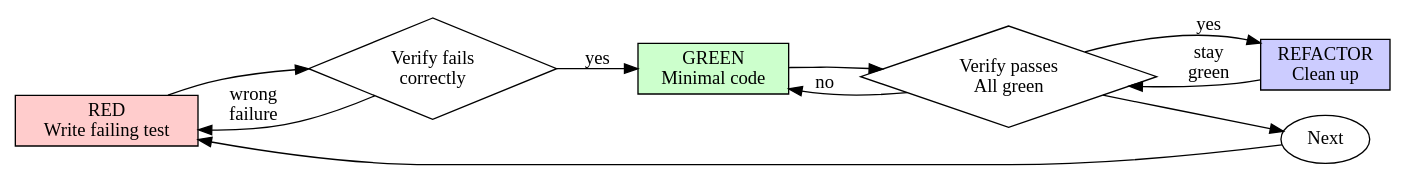
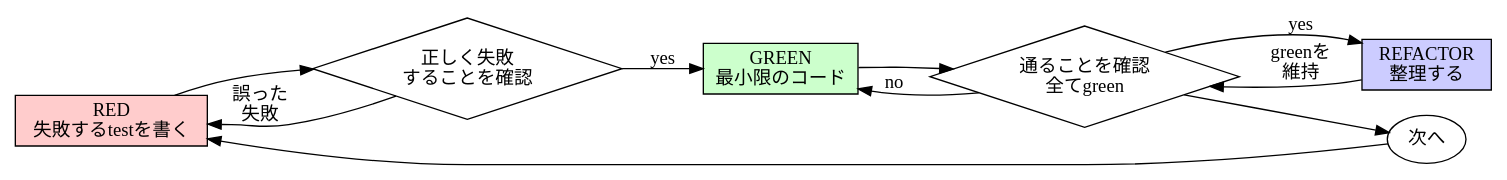
Before and after one commit to mjun0812/skills: the diagram in skills/agent-skill/writing-skills/references/test-driven-development.md, drawn with Graphviz. The commit also changed other lines of this file and 6 other files, not shown here.

````diff
--- a/skills/agent-skill/writing-skills/references/test-driven-development.md
+++ b/skills/agent-skill/writing-skills/references/test-driven-development.md
@@ -47,21 +47,21 @@
 ```dot
 digraph tdd_cycle {
     rankdir=LR;
-    red [label="RED\nWrite failing test", shape=box, style=filled, fillcolor="#ffcccc"];
-    verify_red [label="Verify fails\ncorrectly", shape=diamond];
-    green [label="GREEN\nMinimal code", shape=box, style=filled, fillcolor="#ccffcc"];
-    verify_green [label="Verify passes\nAll green", shape=diamond];
-    refactor [label="REFACTOR\nClean up", shape=box, style=filled, fillcolor="#ccccff"];
-    next [label="Next", shape=ellipse];
+    red [label="RED\n失敗するtestを書く", shape=box, style=filled, fillcolor="#ffcccc"];
+    verify_red [label="正しく失敗\nすることを確認", shape=diamond];
+    green [label="GREEN\n最小限のコード", shape=box, style=filled, fillcolor="#ccffcc"];
+    verify_green [label="通ることを確認\n全てgreen", shape=diamond];
+    refactor [label="REFACTOR\n整理する", shape=box, style=filled, fillcolor="#ccccff"];
+    next [label="次へ", shape=ellipse];
 
     red -> verify_red;
     verify_red -> green [label="yes"];
-    verify_red -> red [label="wrong\nfailure"];
+    verify_red -> red [label="誤った\n失敗"];
     green -> verify_green;
     verify_green -> refactor [label="yes"];
     verify_green -> green [label="no"];
-    refactor -> verify_green [label="stay\ngreen"];
+    refactor -> verify_green [label="greenを\n維持"];
     verify_green -> next;
     next -> red;
 }
 ```
````
